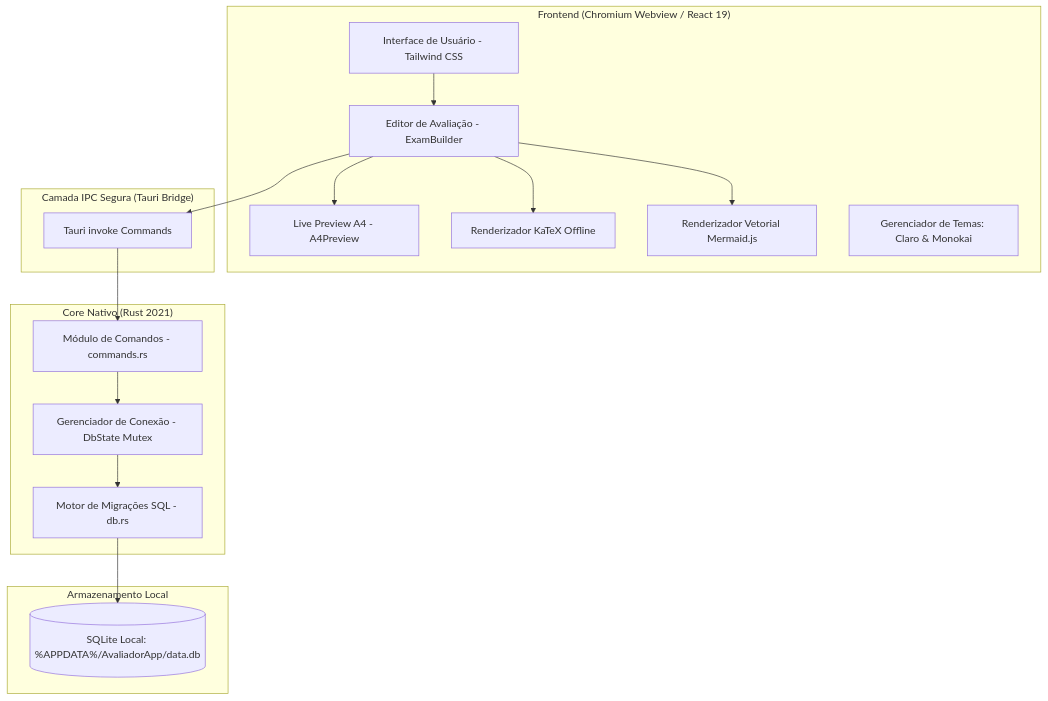
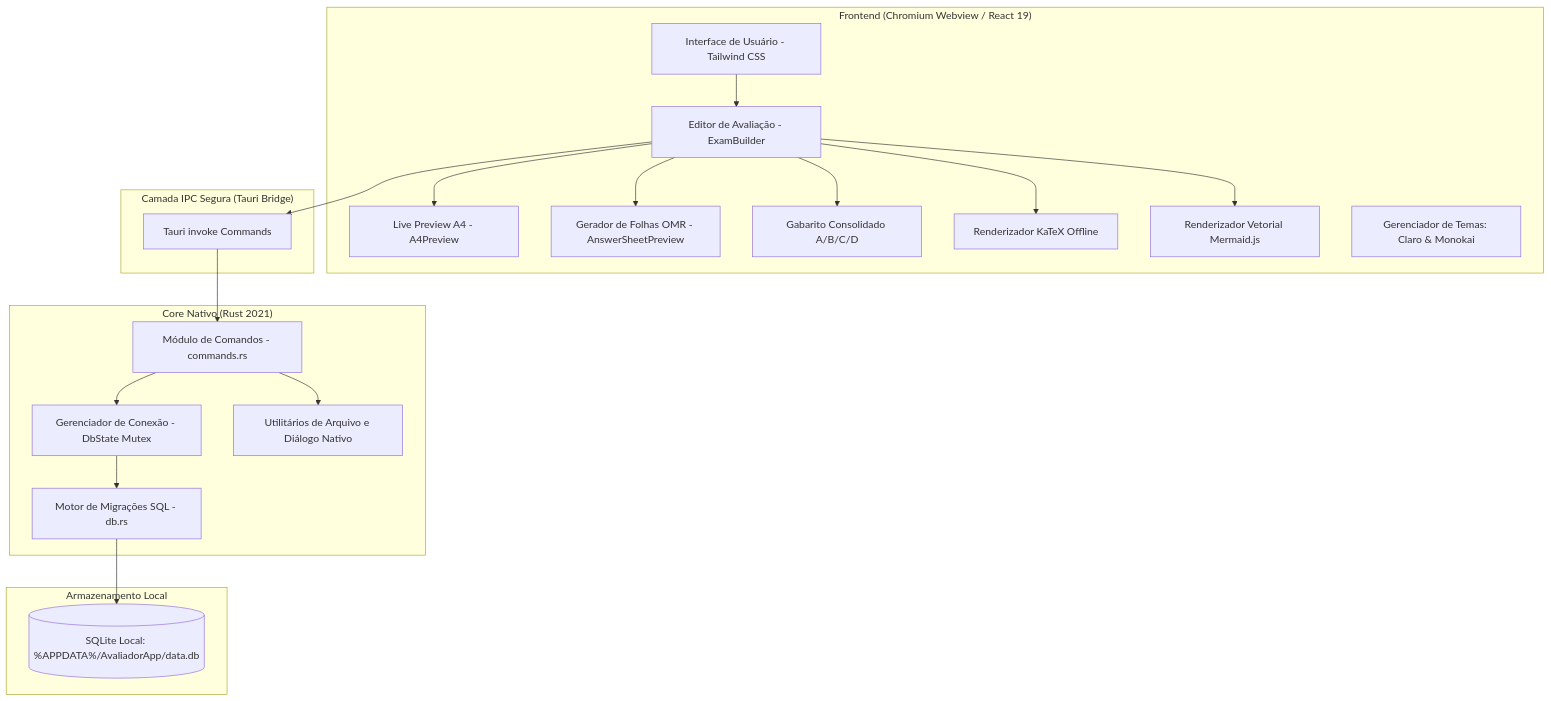
The first of 2 diagrams in ESPECIFICACAO.md (maromo71/sisprova), drawn with Mermaid before and after one commit. The commit also changed other lines of this file and 31 other files, not shown here.

````diff
--- a/ESPECIFICACAO.md
+++ b/ESPECIFICACAO.md
@@ -28,35 +38,41 @@
 ```mermaid
 graph TD
     subgraph Frontend["Frontend (Chromium Webview / React 19)"]
         UI[Interface de Usuário - Tailwind CSS]
         Editor[Editor de Avaliação - ExamBuilder]
         Preview[Live Preview A4 - A4Preview]
+        OMR[Gerador de Folhas OMR - AnswerSheetPreview]
+        Consolidado[Gabarito Consolidado A/B/C/D]
         KaTeX[Renderizador KaTeX Offline]
         Mermaid[Renderizador Vetorial Mermaid.js]
         ThemeEng[Gerenciador de Temas: Claro & Monokai]
     end
 
     subgraph IPC["Camada IPC Segura (Tauri Bridge)"]
         Invoke[Tauri invoke Commands]
     end
 
     subgraph Backend["Core Nativo (Rust 2021)"]
         Cmds[Módulo de Comandos - commands.rs]
         DBState[Gerenciador de Conexão - DbState Mutex]
         Migrator[Motor de Migrações SQL - db.rs]
+        FSUtils[Utilitários de Arquivo e Diálogo Nativo]
     end
 
     subgraph Storage["Armazenamento Local"]
         SQLite[(SQLite Local: %APPDATA%/AvaliadorApp/data.db)]
     end
 
     UI --> Editor
     Editor --> Preview
+    Editor --> OMR
+    Editor --> Consolidado
     Editor --> KaTeX
     Editor --> Mermaid
     Editor --> Invoke
     Invoke --> Cmds
     Cmds --> DBState
+    Cmds --> FSUtils
     DBState --> Migrator
     Migrator --> SQLite
 ```
````
